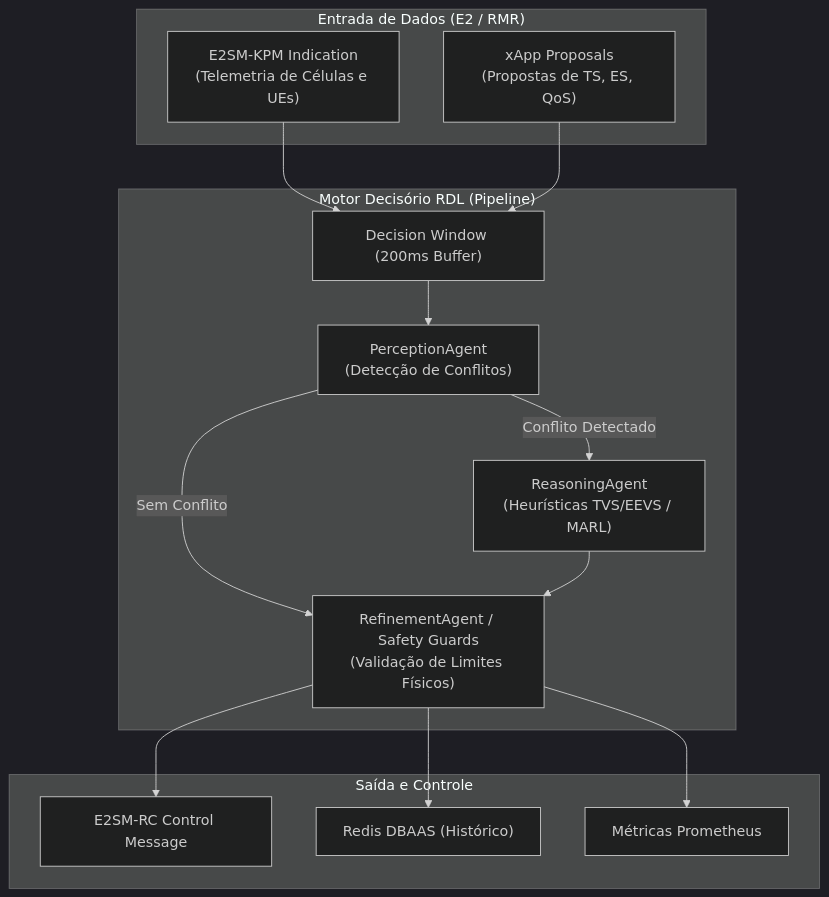
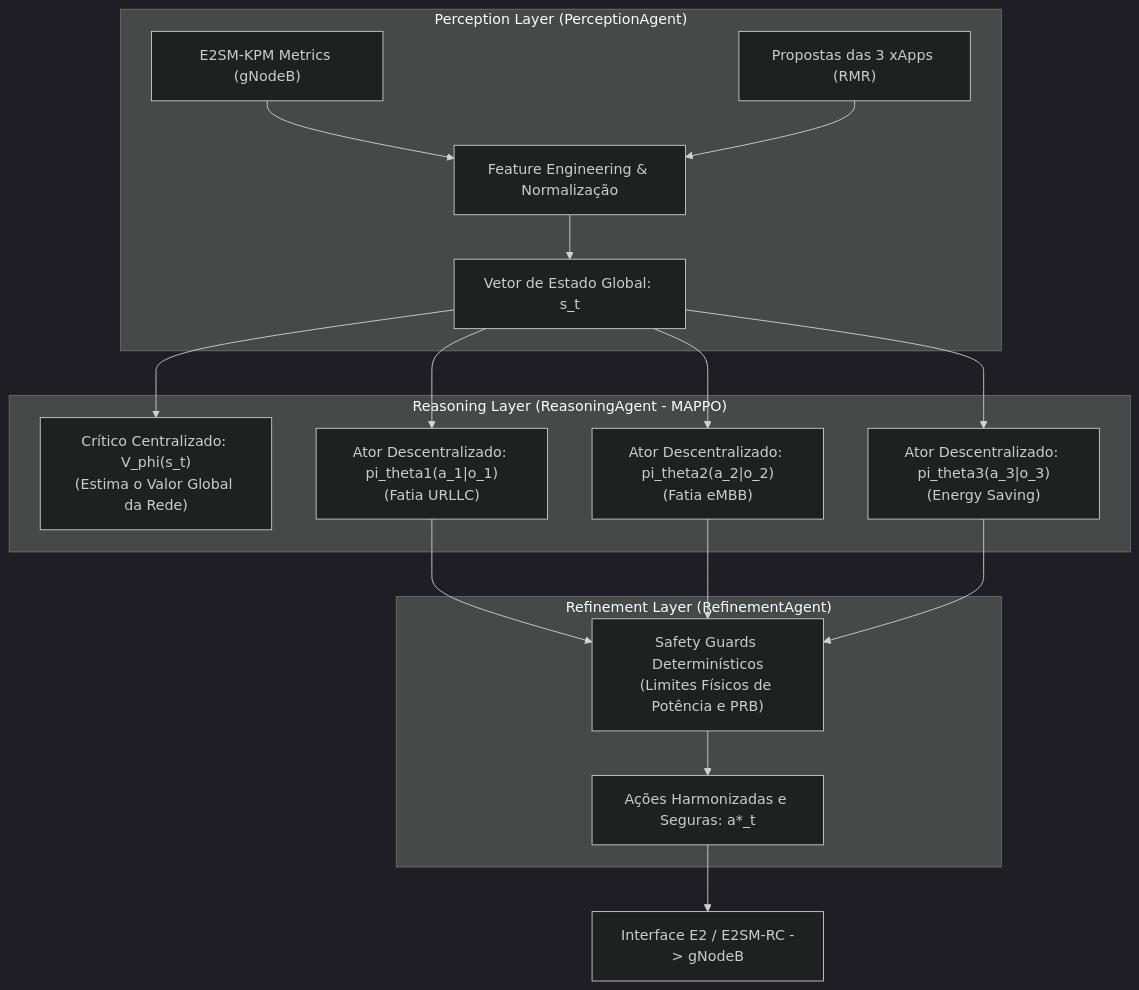
Before and after one commit to georgebarbosa3090/XApp-RDL-F2: the diagram in docs/01_arquitetura_e_modelagem_matematica.md, drawn with Mermaid (dark theme). The commit also changed other lines of this file and 6 other files, not shown here.

Commit message:
docs: comprehensive update of README.md, diagrams, and volumes 01-07 for Phase 2

````diff
--- a/docs/01_arquitetura_e_modelagem_matematica.md
+++ b/docs/01_arquitetura_e_modelagem_matematica.md
@@ -56,30 +14,24 @@
 ```mermaid
-flowchart TD
-    subgraph Input["Entrada de Dados (E2 / RMR)"]
-        KPM["E2SM-KPM Indication<br/>(Telemetria de Células e UEs)"]
-        PROP["xApp Proposals<br/>(Propostas de TS, ES, QoS)"]
+graph TD
+    subgraph "Perception Layer (PerceptionAgent)"
+        E2["E2SM-KPM Metrics (gNodeB)"] --> FE["Feature Engineering & Normalização"]
+        XAPP_IN["Propostas das 3 xApps (RMR)"] --> FE
+        FE --> S_T["Vetor de Estado Global: s_t"]
     end
-    
-    subgraph DecisionEngine["Motor Decisório RDL (Pipeline)"]
-        DW["Decision Window (200ms Buffer)"]
-        PA["PerceptionAgent<br/>(Detecção de Conflitos)"]
-        RA["ReasoningAgent<br/>(Heurísticas TVS/EEVS / MARL)"]
-        SG["RefinementAgent / Safety Guards<br/>(Validação de Limites Físicos)"]
+
+    subgraph "Reasoning Layer (ReasoningAgent - MAPPO)"
+        S_T --> CRITIC["Crítico Centralizado: V_phi(s_t)<br/>(Estima o Valor Global da Rede)"]
+        S_T --> ACT_URLLC["Ator Descentralizado: pi_theta1(a_1|o_1)<br/>(Fatia URLLC)"]
+        S_T --> ACT_EMBB["Ator Descentralizado: pi_theta2(a_2|o_2)<br/>(Fatia eMBB)"]
+        S_T --> ACT_ES["Ator Descentralizado: pi_theta3(a_3|o_3)<br/>(Energy Saving)"]
     end
-    
-    subgraph Output["Saída e Controle"]
-        RC["E2SM-RC Control Message"]
-        SDL["Redis DBAAS (Histórico)"]
-        PROM["Métricas Prometheus"]
+
+    subgraph "Refinement Layer (RefinementAgent)"
+        ACT_URLLC --> SG["Safety Guards Determinísticos<br/>(Limites Físicos de Potência e PRB)"]
+        ACT_EMBB --> SG
+        ACT_ES --> SG
+        SG --> HARMONIZED["Ações Harmonizadas e Seguras: a*_t"]
     end
-    
-    KPM --> DW
-    PROP --> DW
-    DW --> PA
-    PA -->|Sem Conflito| SG
-    PA -->|Conflito Detectado| RA
-    RA --> SG
-    SG --> RC
-    SG --> SDL
-    SG --> PROM
+
+    HARMONIZED --> E2_OUT["Interface E2 / E2SM-RC -> gNodeB"]
 ```
````
